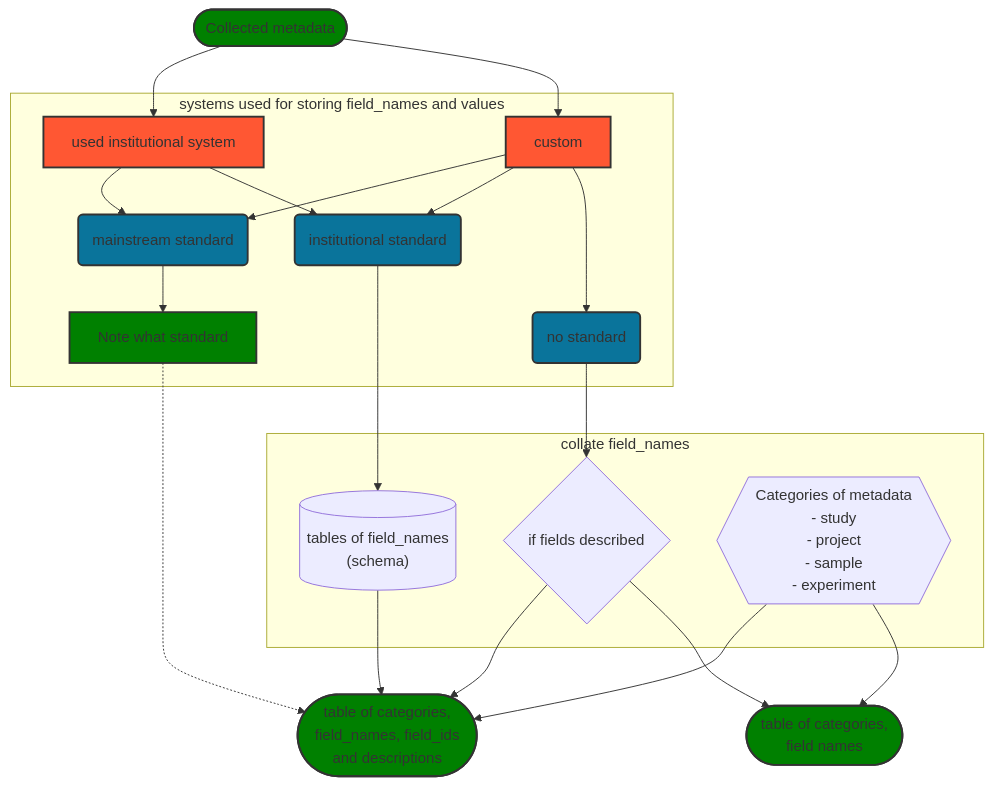
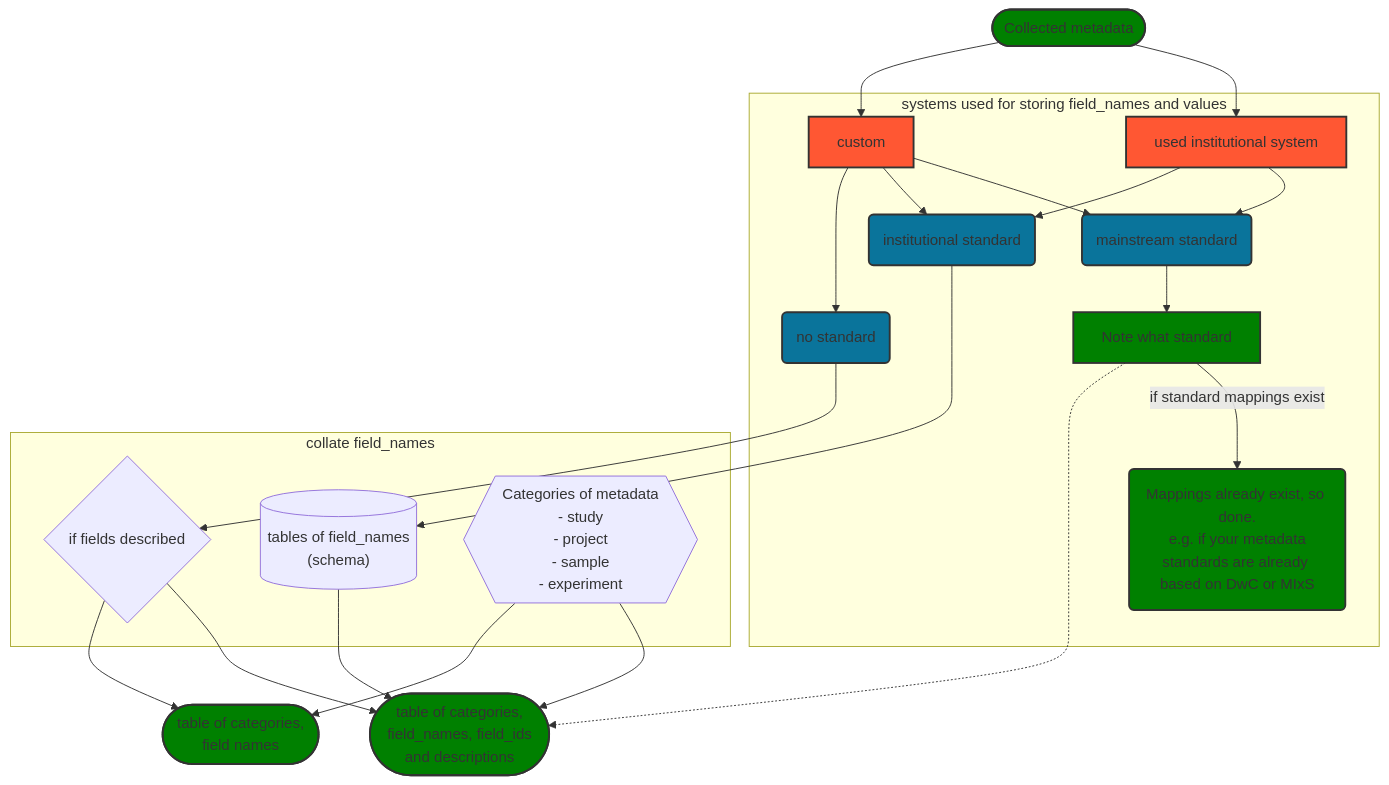
Before and after one commit to Woolly-at-EBI/ChecklistReviews: the second of 3 diagrams in docs/FAIRPLUS_recipes/mapping_sample_metadata2ena_checklist_recipe.md, drawn with Mermaid. The commit also changed other lines of this file, not shown here.

Commit message:
added graphical overview

````diff
--- a/docs/FAIRPLUS_recipes/mapping_sample_metadata2ena_checklist_recipe.md
+++ b/docs/FAIRPLUS_recipes/mapping_sample_metadata2ena_checklist_recipe.md
@@ -114,37 +241,40 @@
 ```mermaid
   graph TD; 
       A([Collected metadata])-->B[used institutional system]
       A-->C[custom]
       
       subgraph mystds ["systems used for storing field_names and values"]
         C-->D
         B-->D(mainstream standard)
         D-->main-standard[Note what standard]
+              main-standard--"if standard mappings exist"-->mappingsAlreadyExist("Mappings already exist, so done.\n e.g. if your metadata standards are already based on DwC or MIxS")
+
         B-->E
         C-->E(institutional standard)
         C-->F(no standard)
         end
         
       subgraph "collate field_names"  
         E-->schema[("tables of field_names\n(schema)")]
         F-->IF{"if fields described"}
         categories{{"Categories of metadata\n- study\n- project\n- sample\n- experiment"}}
         end
 
       schema-->definitions(["table of categories,\n field_names, field_ids\nand descriptions"])
       IF-->definitions
       IF-->no_definitions(["table of categories,\n field names"])
             categories-->definitions
       categories-->no_definitions
       main-standard -..-> definitions
  
       style A fill:#008000,stroke:#333,stroke-width:2px
       style B fill:#FF5733,stroke:#333,stroke-width:2px
       style C fill:#FF5733,stroke:#333,stroke-width:2px
       style D fill:#0A749B,stroke:#333,stroke-width:2px
       style E fill:#0A749B,stroke:#333,stroke-width:2px
       style F fill:#0A749B,stroke:#333,stroke-width:2px
       style main-standard fill:#008000,stroke:#333,stroke-width:2px
       style definitions fill:#008000,stroke:#333,stroke-width:2px
+      style mappingsAlreadyExist fill:#008000,stroke:#333,stroke-width:2px
       style no_definitions fill:#008000,stroke:#333,stroke-width:2px
 ```
````
